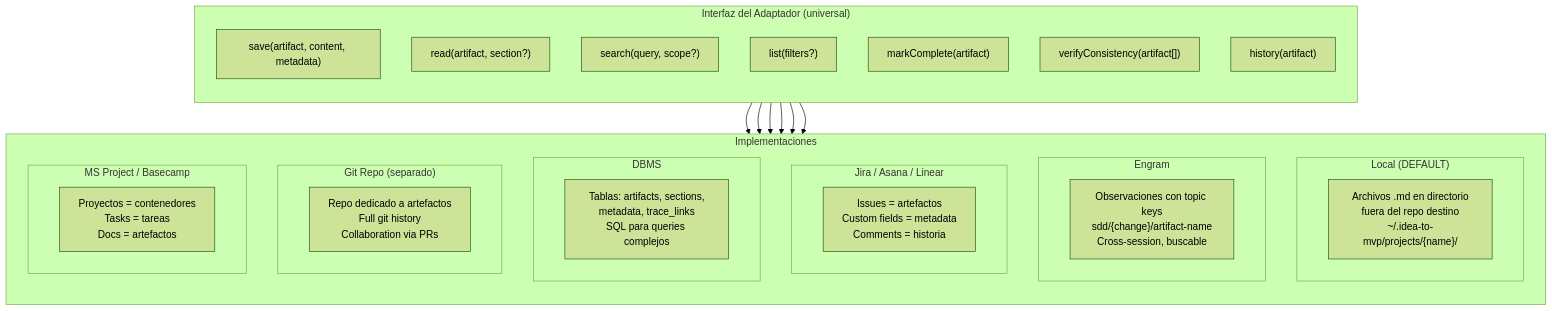
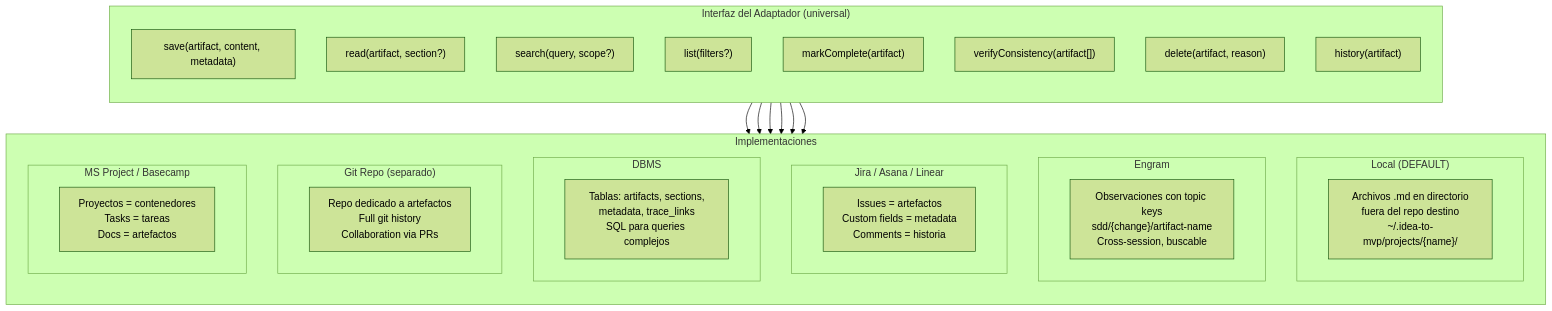
Before and after one commit to virgenherrera/idea-to-mvp: diagram 12 of 19 in docs/artifact-model.md, drawn with Mermaid (forest theme). The commit also changed other lines of this file and 4 other files, not shown here.

````diff
--- a/docs/artifact-model.md
+++ b/docs/artifact-model.md
@@ -825,48 +1124,49 @@
 ```mermaid
 flowchart TD
     subgraph INTERFACE["Interfaz del Adaptador (universal)"]
         direction TB
         SAVE["save(artifact, content, metadata)"]
         READ_OP["read(artifact, section?)"]
         SEARCH["search(query, scope?)"]
         LIST["list(filters?)"]
         MARK["markComplete(artifact)"]
         VERIFY["verifyConsistency(artifact[])"]
+        DELETE["delete(artifact, reason)"]
         HISTORY["history(artifact)"]
     end
 
     subgraph ADAPTERS["Implementaciones"]
         direction TB
 
         subgraph DEFAULT["Local (DEFAULT)"]
             DF_DESC["Archivos .md en directorio\nfuera del repo destino\n~/.idea-to-mvp/projects/{name}/"]
         end
 
         subgraph ENGRAM_A["Engram"]
             EN_DESC["Observaciones con topic keys\nsdd/{change}/artifact-name\nCross-session, buscable"]
         end
 
         subgraph JIRA_A["Jira / Asana / Linear"]
             JI_DESC["Issues = artefactos\nCustom fields = metadata\nComments = historia"]
         end
 
         subgraph DB_A["DBMS"]
             DB_DESC["Tablas: artifacts, sections,\nmetadata, trace_links\nSQL para queries complejos"]
         end
 
         subgraph GIT_A["Git Repo (separado)"]
             GIT_DESC["Repo dedicado a artefactos\nFull git history\nCollaboration via PRs"]
         end
 
         subgraph MS_A["MS Project / Basecamp"]
             MS_DESC["Proyectos = contenedores\nTasks = tareas\nDocs = artefactos"]
         end
     end
 
     INTERFACE --> DEFAULT
     INTERFACE --> ENGRAM_A
     INTERFACE --> JIRA_A
     INTERFACE --> DB_A
     INTERFACE --> GIT_A
     INTERFACE --> MS_A
 ```
````
